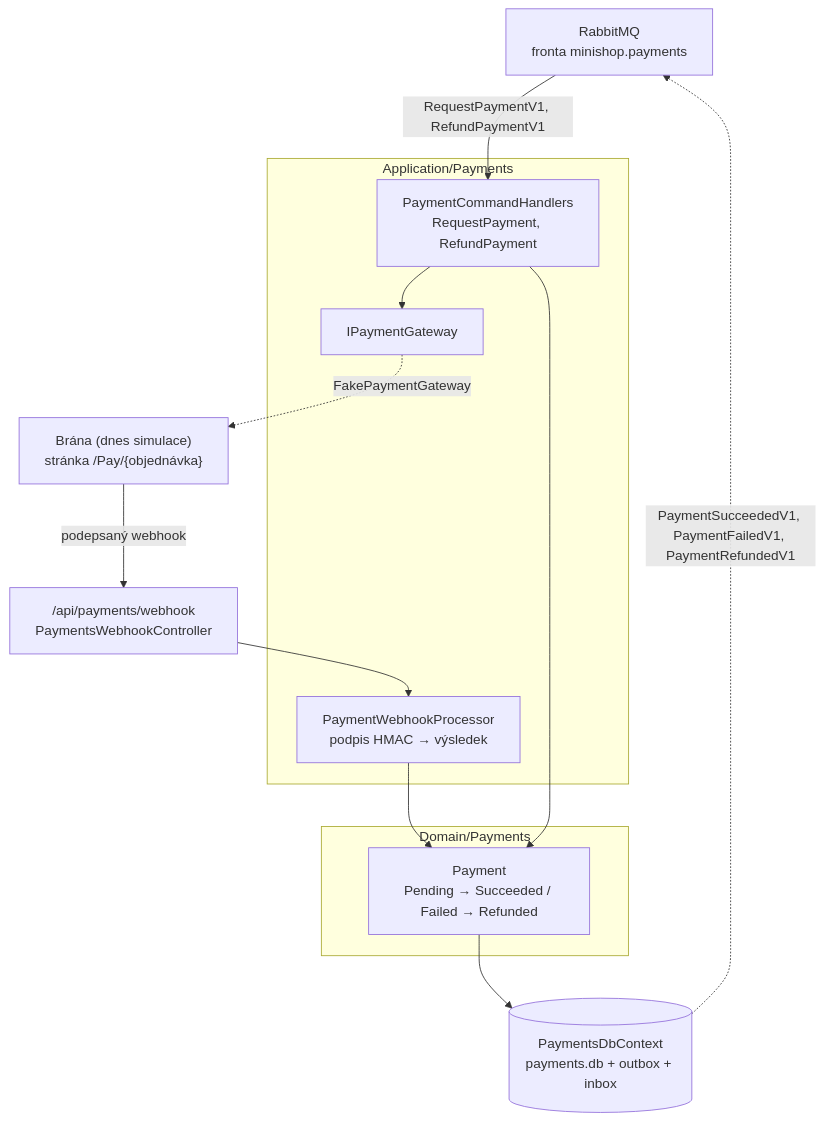
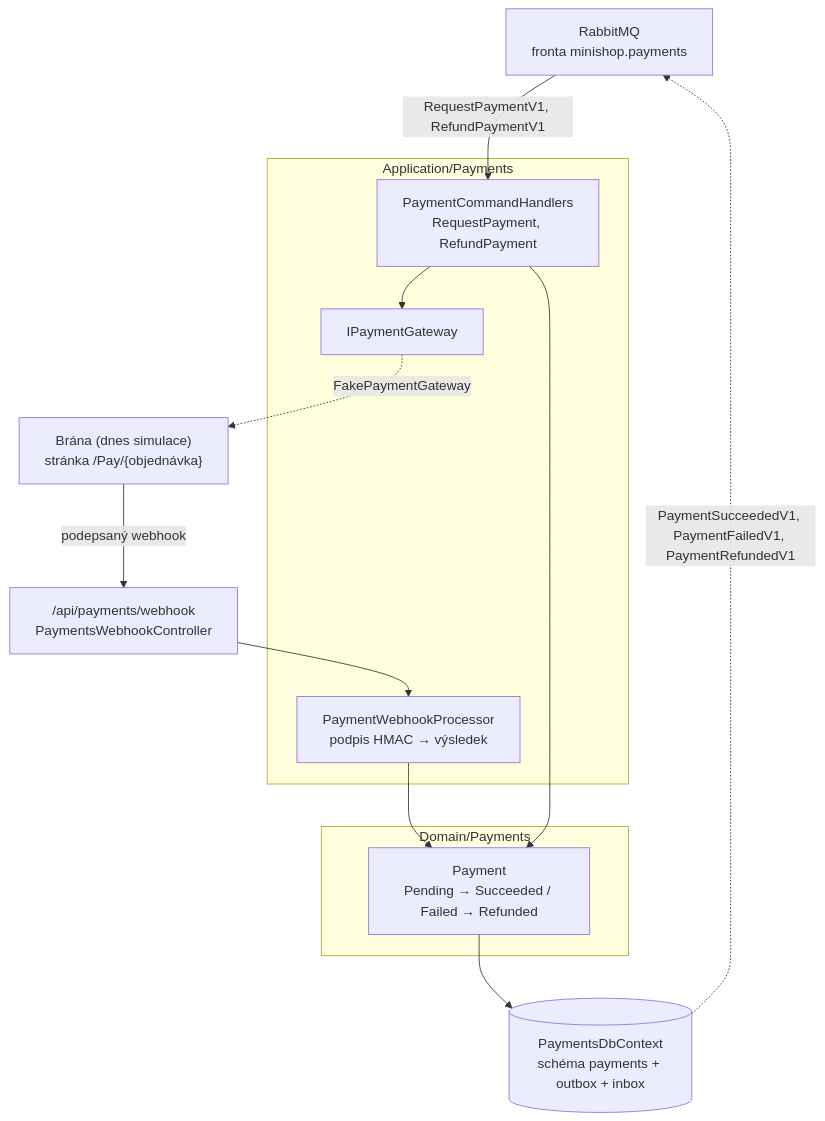
Before and after one commit to ftichy/MiniShop: the diagram in docs/prirucka/architektura/moduly/payments.md, drawn with Mermaid. The commit also changed other lines of this file and 248 other files, not shown here.

````diff
--- a/docs/prirucka/architektura/moduly/payments.md
+++ b/docs/prirucka/architektura/moduly/payments.md
@@ -13,29 +13,29 @@
 ```mermaid
 flowchart TB
     mq["RabbitMQ<br/>fronta minishop.payments"]
     gw["Brána (dnes simulace)<br/>stránka /Pay/{objednávka}"]
     hook["/api/payments/webhook<br/>PaymentsWebhookController"]
     subgraph app["Application/Payments"]
         cmd["PaymentCommandHandlers<br/>RequestPayment, RefundPayment"]
         proc["PaymentWebhookProcessor<br/>podpis HMAC → výsledek"]
         port["IPaymentGateway"]
     end
     subgraph domain["Domain/Payments"]
         pay["Payment<br/>Pending → Succeeded / Failed → Refunded"]
     end
-    db[("PaymentsDbContext<br/>payments.db + outbox + inbox")]
+    db[("PaymentsDbContext<br/>schéma payments + outbox + inbox")]
 
     mq -->|"RequestPaymentV1, RefundPaymentV1"| cmd
     cmd --> port
     port -.->|FakePaymentGateway| gw
     gw -->|"podepsaný webhook"| hook
     hook --> proc
     proc --> pay
     cmd --> pay
     pay --> db
     db -.->|"PaymentSucceededV1, PaymentFailedV1, PaymentRefundedV1"| mq
 
     click proc "/Docs/toky/platba"
     click db "/Docs/eda/outbox"
     click mq "/Docs/eda/broker"
 ```
````
